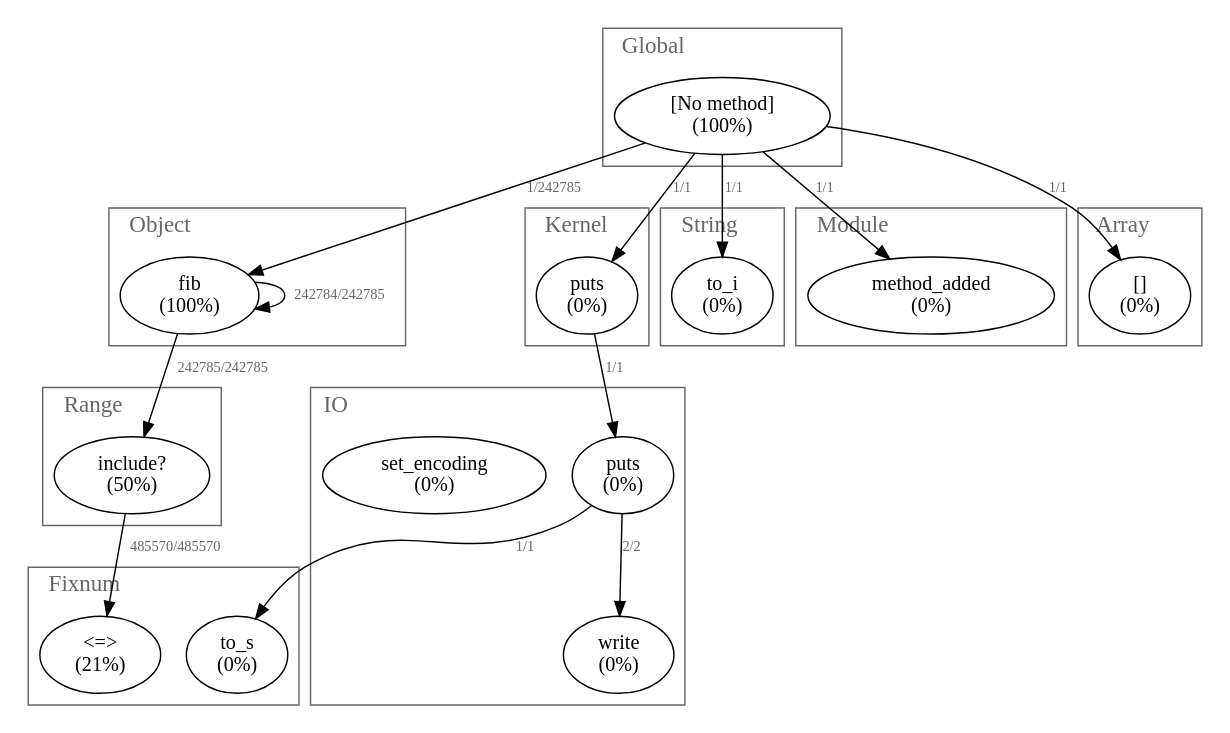
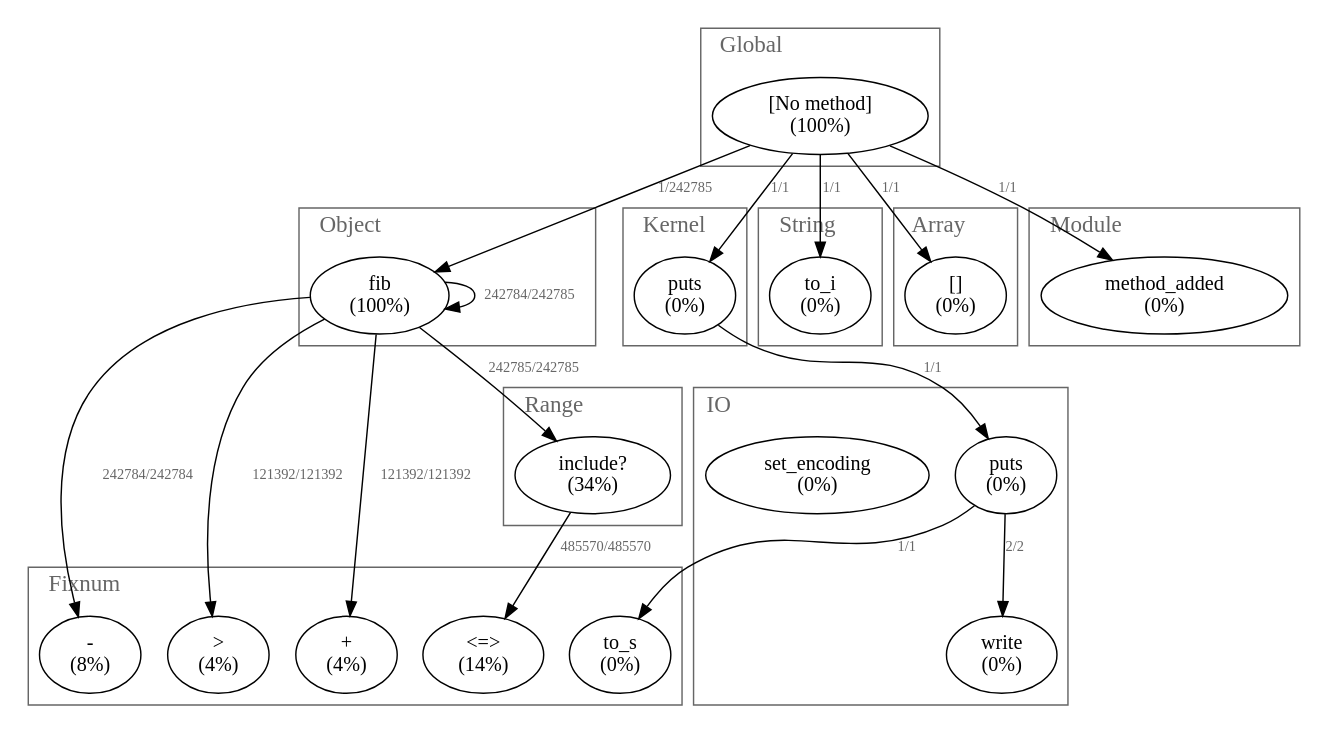
The diagram in profiling/output.dot (diatoming/ruby), drawn with Graphviz before and after one commit. The commit also changed 35 other files, not shown here.

```diff
--- a/profiling/output.dot
+++ b/profiling/output.dot
@@ -1,95 +1,104 @@
 digraph "Profile" {
 labelloc=t;
 labeljust=l;
-subgraph "Thread 70178969093840" {
-70178973803580 [label="[No method]\n(100%)"];
-70178973803580 -> 70178973803500 [label="1/242785" fontsize=10 fontcolor="#666666"];
-70178973803580 -> 70178973803380 [label="1/1" fontsize=10 fontcolor="#666666"];
-70178973803580 -> 70178973803520 [label="1/1" fontsize=10 fontcolor="#666666"];
-70178973803580 -> 70178973803560 [label="1/1" fontsize=10 fontcolor="#666666"];
-70178973803580 -> 70178973803540 [label="1/1" fontsize=10 fontcolor="#666666"];
-70178973803500 [label="fib\n(100%)"];
-70178973803500 -> 70178973803440 [label="242785/242785" fontsize=10 fontcolor="#666666"];
-70178973803500 -> 70178973803500 [label="242784/242785" fontsize=10 fontcolor="#666666"];
-70178973803440 [label="include?\n(50%)"];
-70178973803440 -> 70178973803400 [label="485570/485570" fontsize=10 fontcolor="#666666"];
-70178973803400 [label="<=>\n(21%)"];
-70178973803380 [label="puts\n(0%)"];
-70178973803380 -> 70178973803320 [label="1/1" fontsize=10 fontcolor="#666666"];
-70178973803320 [label="puts\n(0%)"];
-70178973803320 -> 70178973803260 [label="2/2" fontsize=10 fontcolor="#666666"];
-70178973803320 -> 70178973803280 [label="1/1" fontsize=10 fontcolor="#666666"];
-70178973803260 [label="write\n(0%)"];
-70178973803600 [label="set_encoding\n(0%)"];
-70178973803280 [label="to_s\n(0%)"];
-70178973803560 [label="method_added\n(0%)"];
-70178973803520 [label="to_i\n(0%)"];
-70178973803540 [label="[]\n(0%)"];
+subgraph "Thread 70363539463140" {
+70363543442420 [label="[No method]\n(100%)"];
+70363543442420 -> 70363543441840 [label="1/242785" fontsize=10 fontcolor="#666666"];
+70363543442420 -> 70363543440280 [label="1/1" fontsize=10 fontcolor="#666666"];
+70363543442420 -> 70363543441900 [label="1/1" fontsize=10 fontcolor="#666666"];
+70363543442420 -> 70363543442000 [label="1/1" fontsize=10 fontcolor="#666666"];
+70363543442420 -> 70363543442120 [label="1/1" fontsize=10 fontcolor="#666666"];
+70363543441840 [label="fib\n(100%)"];
+70363543441840 -> 70363543441780 [label="242785/242785" fontsize=10 fontcolor="#666666"];
+70363543441840 -> 70363543441300 [label="242784/242784" fontsize=10 fontcolor="#666666"];
+70363543441840 -> 70363543441580 [label="121392/121392" fontsize=10 fontcolor="#666666"];
+70363543441840 -> 70363543441040 [label="121392/121392" fontsize=10 fontcolor="#666666"];
+70363543441840 -> 70363543441840 [label="242784/242785" fontsize=10 fontcolor="#666666"];
+70363543441780 [label="include?\n(34%)"];
+70363543441780 -> 70363543441620 [label="485570/485570" fontsize=10 fontcolor="#666666"];
+70363543441620 [label="<=>\n(14%)"];
+70363543441300 [label="-\n(8%)"];
+70363543441580 [label=">\n(4%)"];
+70363543441040 [label="+\n(4%)"];
+70363543440280 [label="puts\n(0%)"];
+70363543440280 -> 70363543439680 [label="1/1" fontsize=10 fontcolor="#666666"];
+70363543439680 [label="puts\n(0%)"];
+70363543439680 -> 70363543437340 [label="2/2" fontsize=10 fontcolor="#666666"];
+70363543439680 -> 70363543437760 [label="1/1" fontsize=10 fontcolor="#666666"];
+70363543437340 [label="write\n(0%)"];
+70363543443200 [label="set_encoding\n(0%)"];
+70363543441900 [label="to_i\n(0%)"];
+70363543437760 [label="to_s\n(0%)"];
+70363543442000 [label="[]\n(0%)"];
+70363543442120 [label="method_added\n(0%)"];
 }
-subgraph cluster_70178973695780 {
+subgraph cluster_70363543731860 {
 label = "IO";
 fontcolor = "#666666";
 fontsize = 16;
 color = "#666666";
-70178973803600;
-70178973803320;
-70178973803260;
+70363543443200;
+70363543439680;
+70363543437340;
 }
-subgraph cluster_70178973695560 {
+subgraph cluster_70363543731640 {
 label = "Global";
 fontcolor = "#666666";
 fontsize = 16;
 color = "#666666";
-70178973803580;
+70363543442420;
 }
-subgraph cluster_70178973695260 {
+subgraph cluster_70363543731520 {
 label = "Module";
 fontcolor = "#666666";
 fontsize = 16;
 color = "#666666";
-70178973803560;
+70363543442120;
 }
-subgraph cluster_70178973695000 {
+subgraph cluster_70363543731180 {
 label = "Array";
 fontcolor = "#666666";
 fontsize = 16;
 color = "#666666";
-70178973803540;
+70363543442000;
 }
-subgraph cluster_70178973694620 {
+subgraph cluster_70363543730980 {
 label = "String";
 fontcolor = "#666666";
 fontsize = 16;
 color = "#666666";
-70178973803520;
+70363543441900;
 }
-subgraph cluster_70178973694140 {
+subgraph cluster_70363543730840 {
 label = "Object";
 fontcolor = "#666666";
 fontsize = 16;
 color = "#666666";
-70178973803500;
+70363543441840;
 }
-subgraph cluster_70178973693980 {
+subgraph cluster_70363543730720 {
 label = "Range";
 fontcolor = "#666666";
 fontsize = 16;
 color = "#666666";
-70178973803440;
+70363543441780;
 }
-subgraph cluster_70178973693800 {
+subgraph cluster_70363543730600 {
 label = "Fixnum";
 fontcolor = "#666666";
 fontsize = 16;
 color = "#666666";
-70178973803400;
-70178973803280;
+70363543441620;
+70363543441580;
+70363543441300;
+70363543441040;
+70363543437760;
 }
-subgraph cluster_70178973693580 {
+subgraph cluster_70363543729440 {
 label = "Kernel";
 fontcolor = "#666666";
 fontsize = 16;
 color = "#666666";
-70178973803380;
+70363543440280;
 }
 }
```
